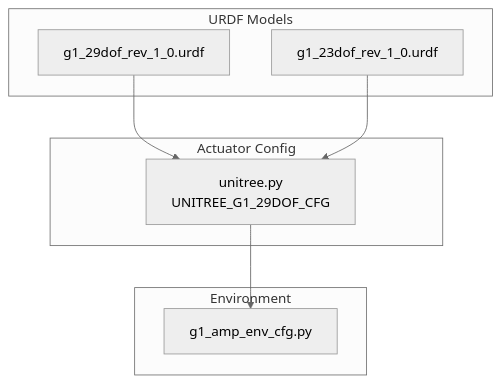
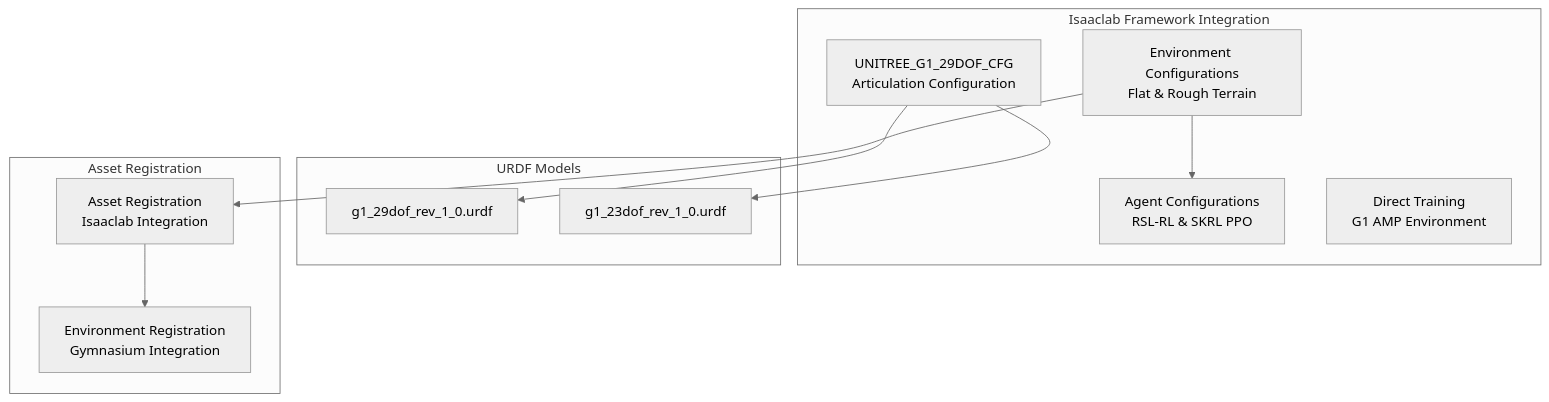
The first of 12 diagrams in .qoder/repowiki/en/content/Robot Categories and Models/Humanoid Robots/Unitree G1 Humanoid.md (jayjayhust/robot_lab), drawn with Mermaid (neutral theme) before and after one commit. The commit also changed other lines of this file and 14 other files, not shown here.

````diff
--- a/.qoder/repowiki/en/content/Robot Categories and Models/Humanoid Robots/Unitree G1 Humanoid.md
+++ b/.qoder/repowiki/en/content/Robot Categories and Models/Humanoid Robots/Unitree G1 Humanoid.md
@@ -33,16 +47,22 @@
 ```mermaid
 graph TB
+subgraph "Isaaclab Framework Integration"
+G1Cfg["UNITREE_G1_29DOF_CFG<br/>Articulation Configuration"]
+EnvCfg["Environment Configurations<br/>Flat & Rough Terrain"]
+AgentCfg["Agent Configurations<br/>RSL-RL & SKRL PPO"]
+EndoCfg["Direct Training<br/>G1 AMP Environment"]
+end
 subgraph "URDF Models"
-G1_29["g1_29dof_rev_1_0.urdf"]
-G1_23["g1_23dof_rev_1_0.urdf"]
+URDF29["g1_29dof_rev_1_0.urdf"]
+URDF23["g1_23dof_rev_1_0.urdf"]
 end
-subgraph "Actuator Config"
-Assets["unitree.py<br/>UNITREE_G1_29DOF_CFG"]
+subgraph "Asset Registration"
+AssetReg["Asset Registration<br/>Isaaclab Integration"]
+EnvReg["Environment Registration<br/>Gymnasium Integration"]
 end
-subgraph "Environment"
-EnvCfg["g1_amp_env_cfg.py"]
-end
-G1_29 --> Assets
-G1_23 --> Assets
-Assets --> EnvCfg
+G1Cfg --> URDF29
+G1Cfg --> URDF23
+EnvCfg --> AgentCfg
+EnvCfg --> AssetReg
+AssetReg --> EnvReg
 ```
````
